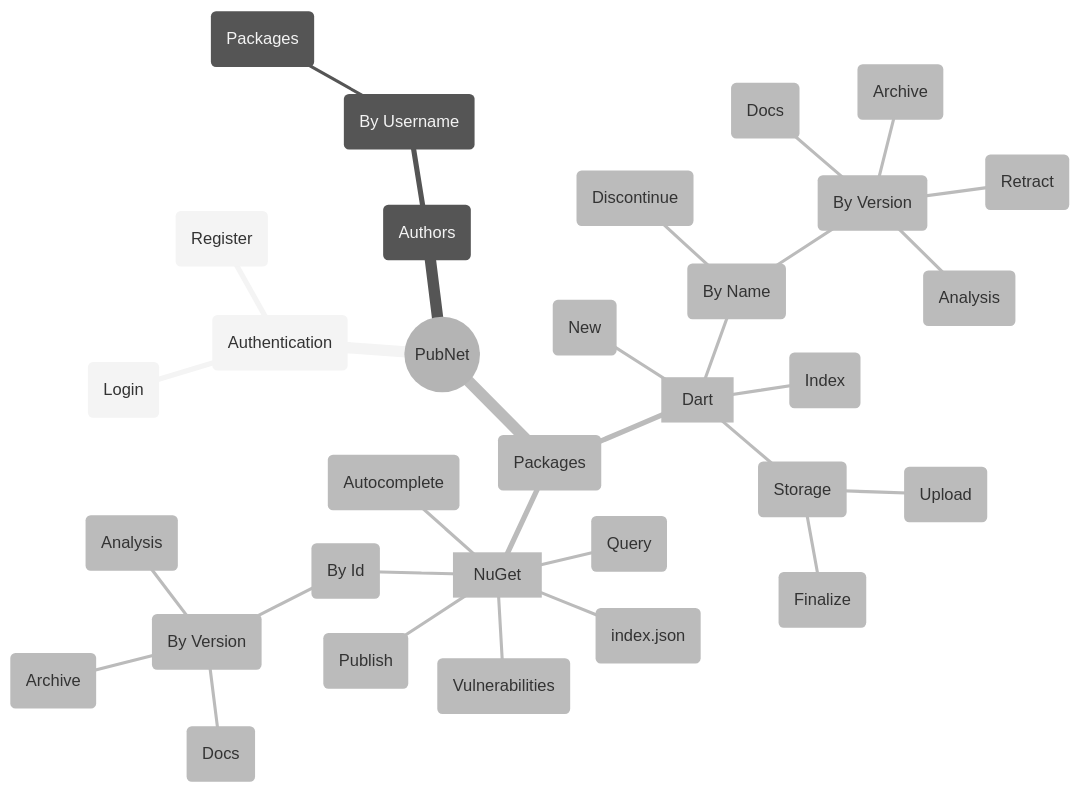
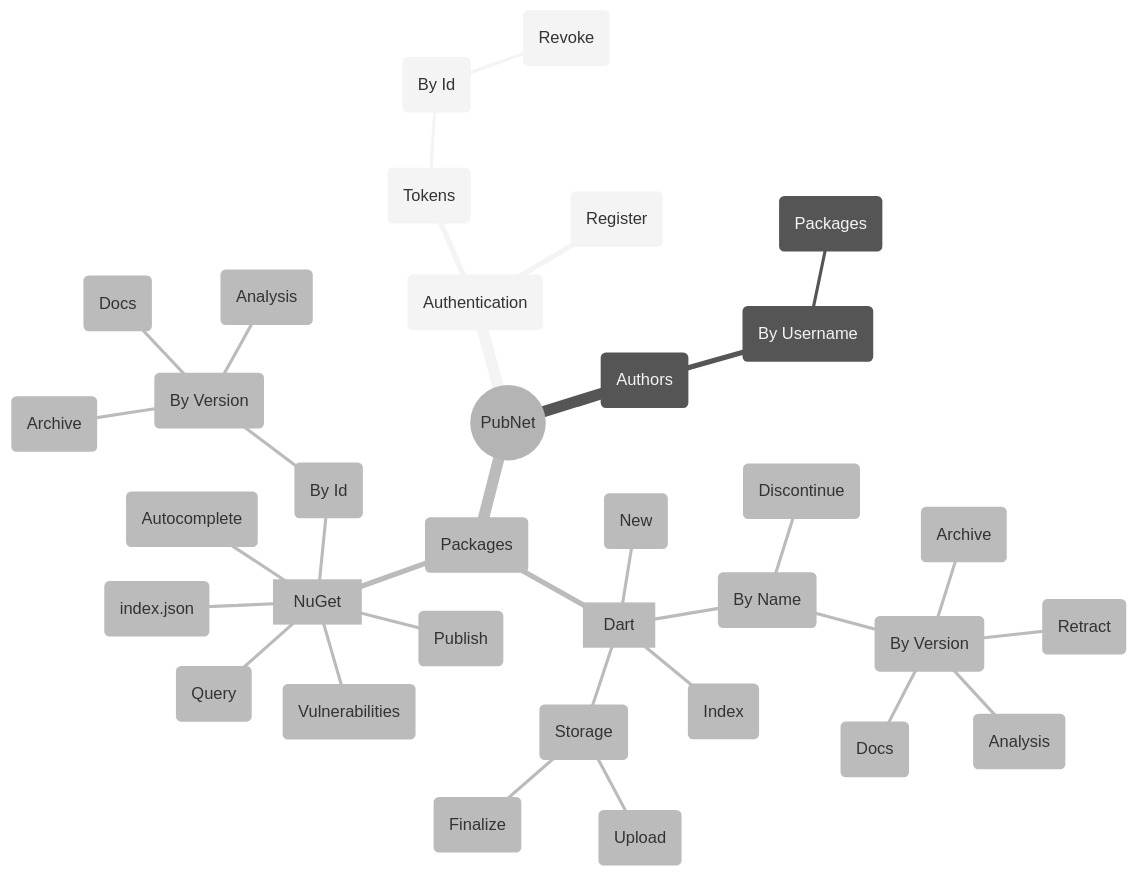
The second of 3 diagrams in Architecture.md (ricardoboss/PubNet), drawn with Mermaid (neutral theme) before and after one commit. The commit also changed other lines of this file and 8 other files, not shown here.

Commit message:
Added architecture for tokens

````diff
--- a/Architecture.md
+++ b/Architecture.md
@@ -18,35 +18,37 @@
 ```mermaid
 mindmap
   root((PubNet))
     Authentication(Authentication)
-      Login(Login)
+      Tokens(Tokens)
+        By Id(By Id)
+          Revoke(Revoke)
       Register(Register)
     Authors(Authors)
       By Username(By Username)
         Packages(Packages)
     Packages(Packages)
       Dart[Dart]
         New(New)
         Index(Index)
         By Name(By Name)
           Discontinue(Discontinue)
           By Version(By Version)
             Archive(Archive)
             Docs(Docs)
             Analysis(Analysis)
             Retract(Retract)
         Storage(Storage)
             Upload(Upload)
             Finalize(Finalize)
       NuGet[NuGet]
         Publish(Publish)
         index.json(index.json)
         Query(Query)
         Autocomplete(Autocomplete)
         Vulnerabilities(Vulnerabilities)
         By Id(By Id)
           By Version(By Version)
             Archive(Archive)
             Docs(Docs)
             Analysis(Analysis)
 ```
````
